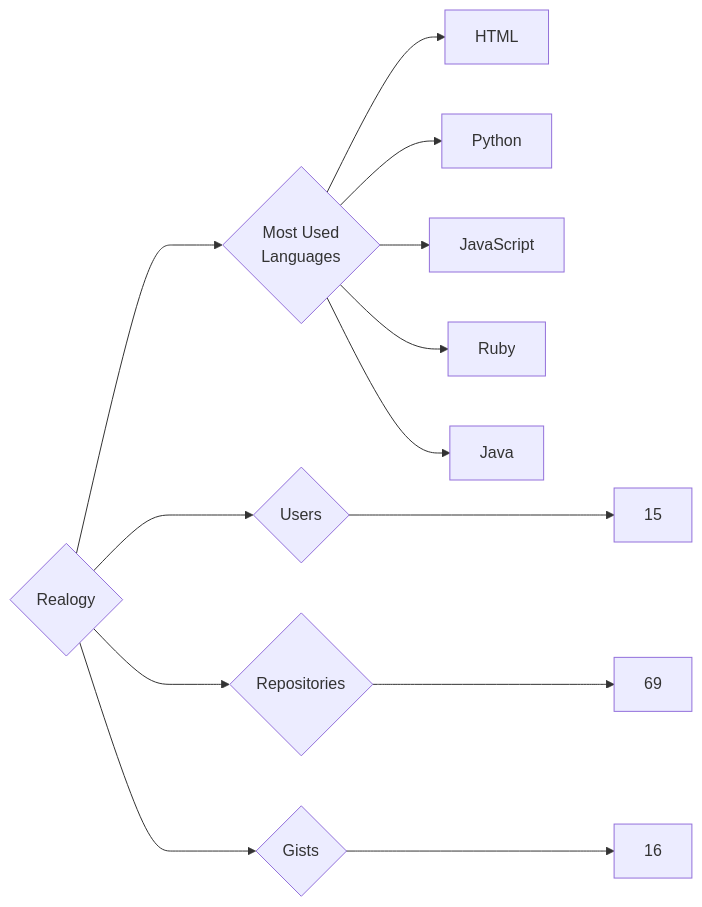
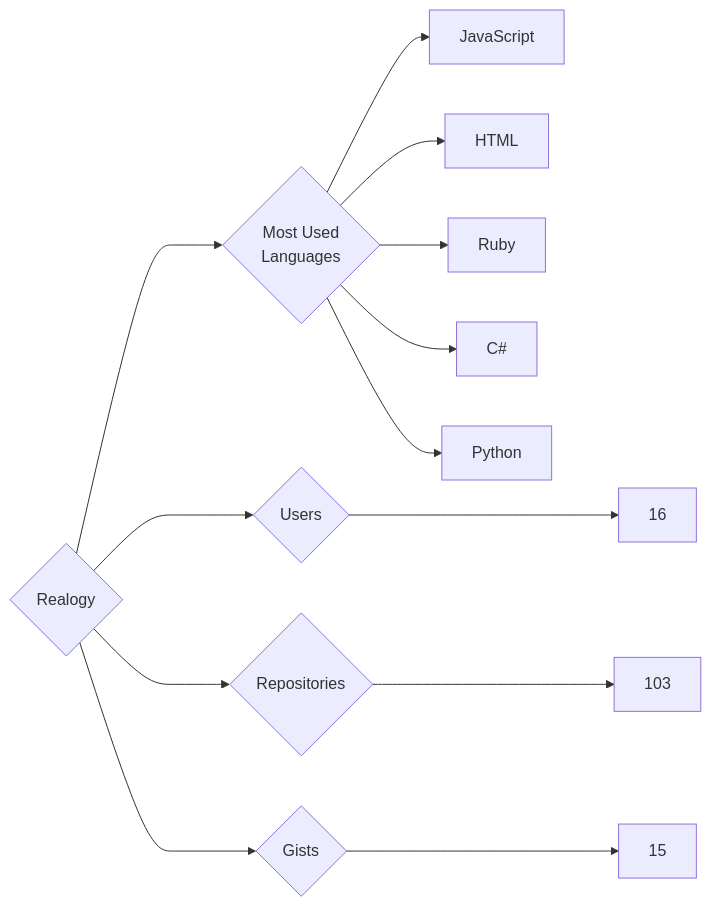
One commit to trickest/insiders changed the diagram in targets/Realogy/README.md. Above: the diagram before and after it, drawn with Mermaid. The commit also changed 928 other files, not shown here.

````diff
--- a/targets/Realogy/README.md
+++ b/targets/Realogy/README.md
@@ -3,13 +3,13 @@
 ```mermaid
 graph LR
 COMPANY_NAME{Realogy}
-COMPANY_NAME ---> U{Users} ---> UN[15]
-COMPANY_NAME ---> R{Repositories} ---> RN[69]
-COMPANY_NAME ---> G{Gists} ---> GN[16]
+COMPANY_NAME ---> U{Users} ---> UN[16]
+COMPANY_NAME ---> R{Repositories} ---> RN[103]
+COMPANY_NAME ---> G{Gists} ---> GN[15]
 COMPANY_NAME ---> ML{Most Used<br>Languages}
+ML --> JavaScript[JavaScript]
 ML --> HTML[HTML]
+ML --> Ruby[Ruby]
+ML --> C#[C#]
 ML --> Python[Python]
-ML --> JavaScript[JavaScript]
-ML --> Ruby[Ruby]
-ML --> Java[Java]
 ```
````
